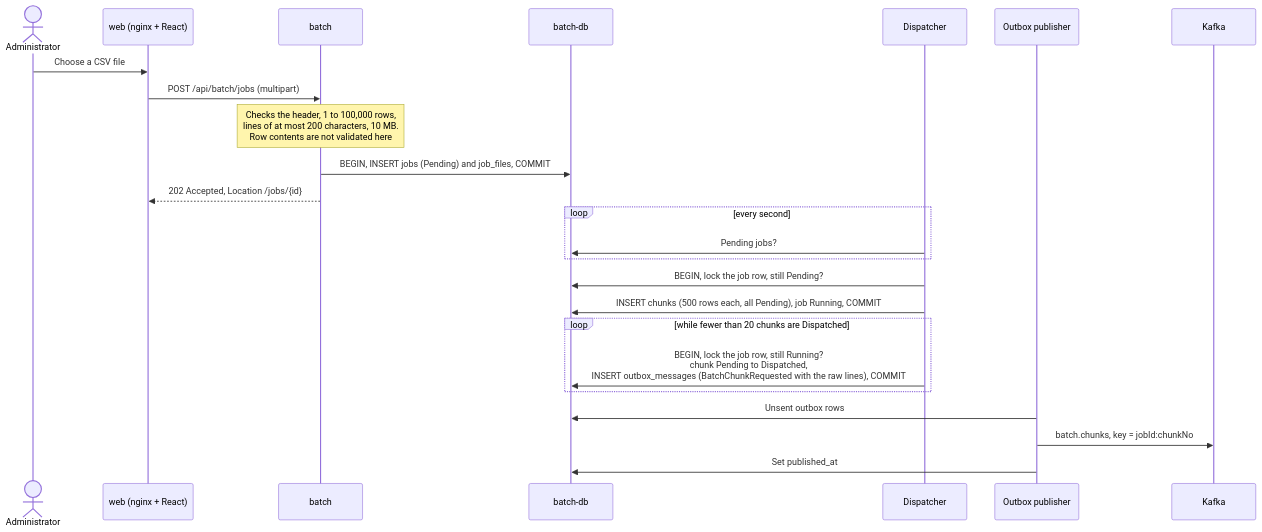
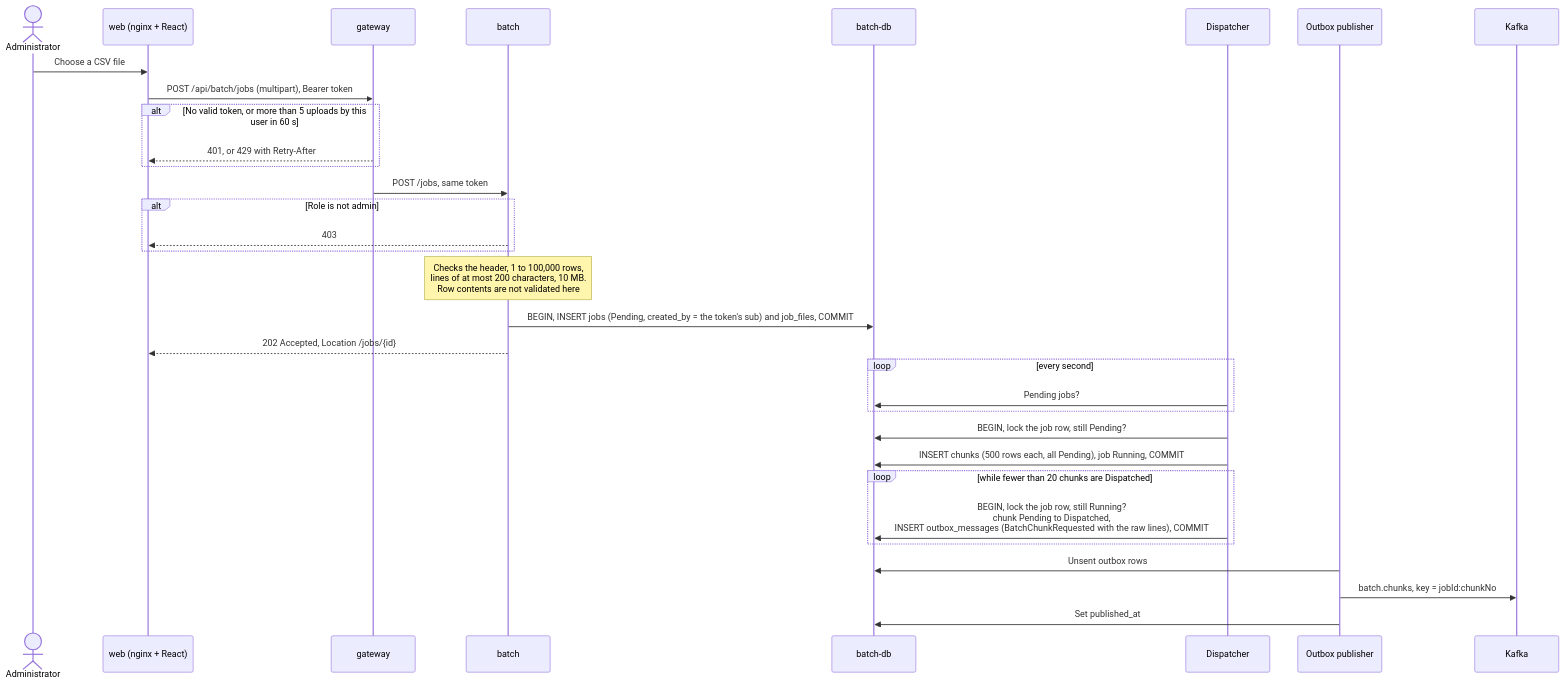
Before and after one commit to bratsale/gridwise: the seventh of 10 diagrams in docs/architecture/flows.md, drawn with Mermaid. The commit also changed other lines of this file and 1 other file, not shown here.

Commit message:
docs: update data model and flows for identity, gateway and replay

````diff
--- a/docs/architecture/flows.md
+++ b/docs/architecture/flows.md
@@ -181,27 +225,35 @@
 ```mermaid
 sequenceDiagram
     actor A as Administrator
     participant W as web (nginx + React)
+    participant G as gateway
     participant B as batch
     participant DB as batch-db
     participant D as Dispatcher
     participant P as Outbox publisher
     participant K as Kafka
 
     A->>W: Choose a CSV file
-    W->>B: POST /api/batch/jobs (multipart)
+    W->>G: POST /api/batch/jobs (multipart), Bearer token
+    alt No valid token, or more than 5 uploads by this user in 60 s
+        G-->>W: 401, or 429 with Retry-After
+    end
+    G->>B: POST /jobs, same token
+    alt Role is not admin
+        B-->>W: 403
+    end
     Note over B: Checks the header, 1 to 100,000 rows,<br/>lines of at most 200 characters, 10 MB.<br/>Row contents are not validated here
-    B->>DB: BEGIN, INSERT jobs (Pending) and job_files, COMMIT
+    B->>DB: BEGIN, INSERT jobs (Pending, created_by = the token's sub) and job_files, COMMIT
     B-->>W: 202 Accepted, Location /jobs/{id}
     loop every second
         D->>DB: Pending jobs?
     end
     D->>DB: BEGIN, lock the job row, still Pending?
     D->>DB: INSERT chunks (500 rows each, all Pending), job Running, COMMIT
     loop while fewer than 20 chunks are Dispatched
         D->>DB: BEGIN, lock the job row, still Running?<br/>chunk Pending to Dispatched,<br/>INSERT outbox_messages (BatchChunkRequested with the raw lines), COMMIT
     end
     P->>DB: Unsent outbox rows
     P->>K: batch.chunks, key = jobId:chunkNo
     P->>DB: Set published_at
 ```
````
